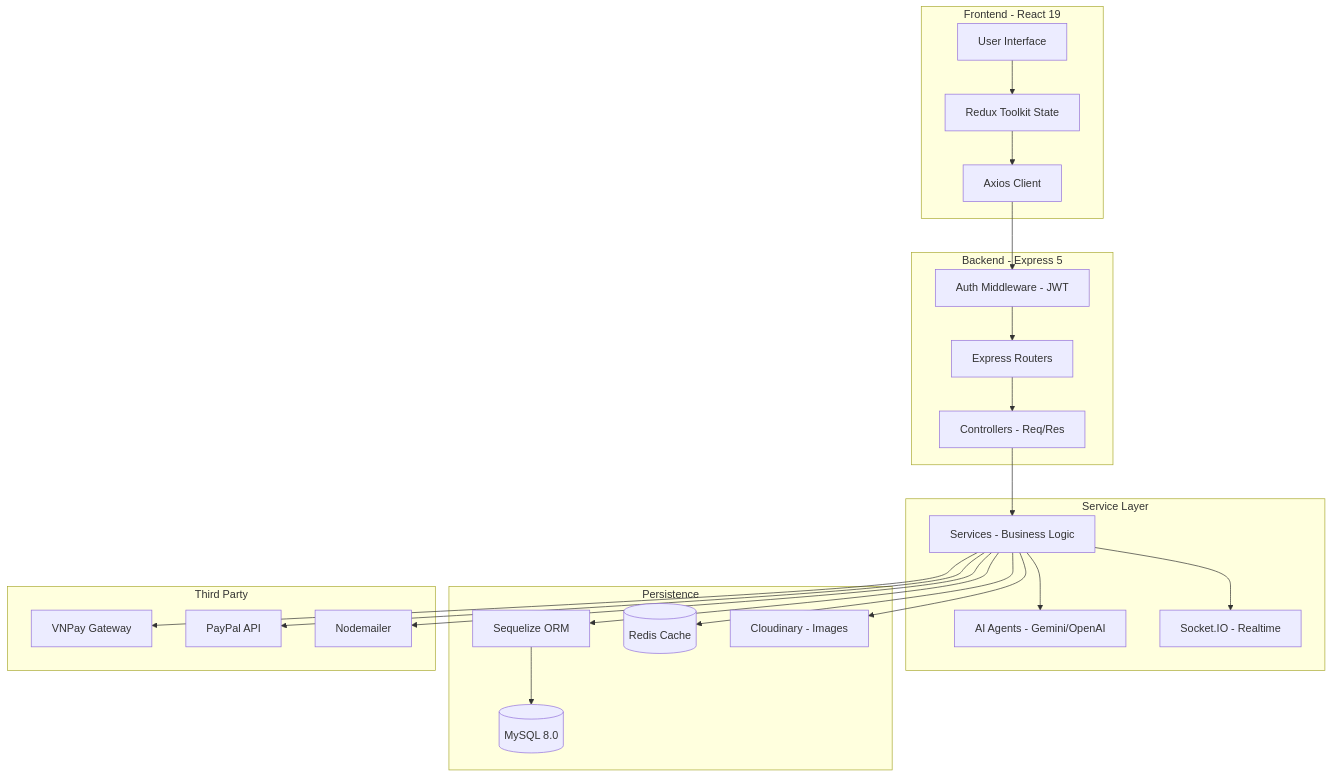
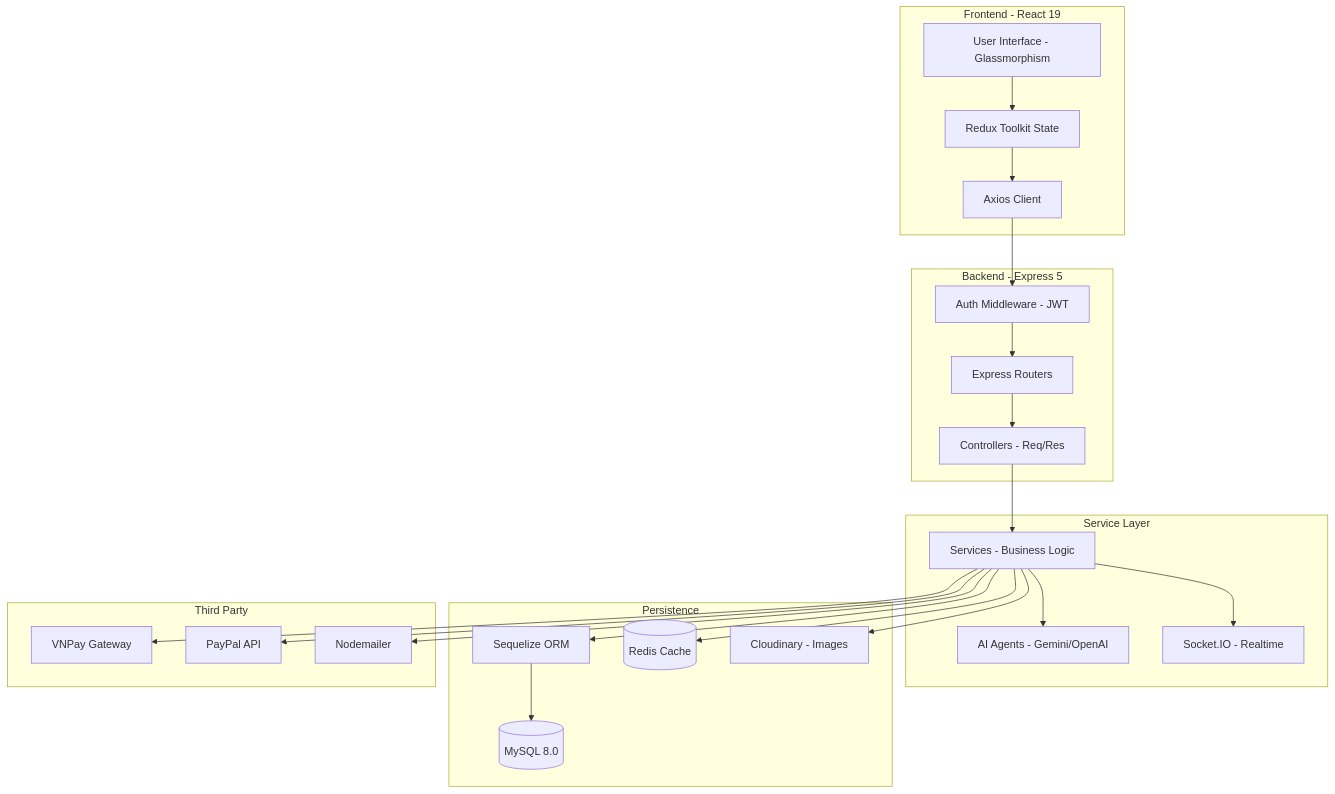
One commit to Nguyen-Trung-Tien/TIENTECH-Shop changed the diagram in README.md. Above: the diagram before and after it, drawn with Mermaid. The commit also changed other lines of this file and 59 other files, not shown here.

````diff
--- a/README.md
+++ b/README.md
@@ -87,32 +103,32 @@
 ```mermaid
 graph TD
     subgraph Client_Layer [Frontend - React 19]
-        UI[User Interface] --> Redux[Redux Toolkit State]
+        UI[User Interface - Glassmorphism] --> Redux[Redux Toolkit State]
         Redux --> API_Client[Axios Client]
     end
 
     subgraph API_Gateway [Backend - Express 5]
         API_Client --> Auth[Auth Middleware - JWT]
         Auth --> Routes[Express Routers]
         Routes --> Controllers[Controllers - Req/Res]
     end
 
     subgraph Business_Logic [Service Layer]
         Controllers --> Services[Services - Business Logic]
         Services --> AI[AI Agents - Gemini/OpenAI]
         Services --> Socket[Socket.IO - Realtime]
     end
 
     subgraph Data_Layer [Persistence]
         Services --> ORM[Sequelize ORM]
         ORM --> MySQL[(MySQL 8.0)]
         Services --> Cache[(Redis Cache)]
         Services --> Storage[Cloudinary - Images]
     end
 
     subgraph External_APIs [Third Party]
         Services --> VNPay[VNPay Gateway]
         Services --> PayPal[PayPal API]
         Services --> Mail[Nodemailer]
     end
 ```
````
